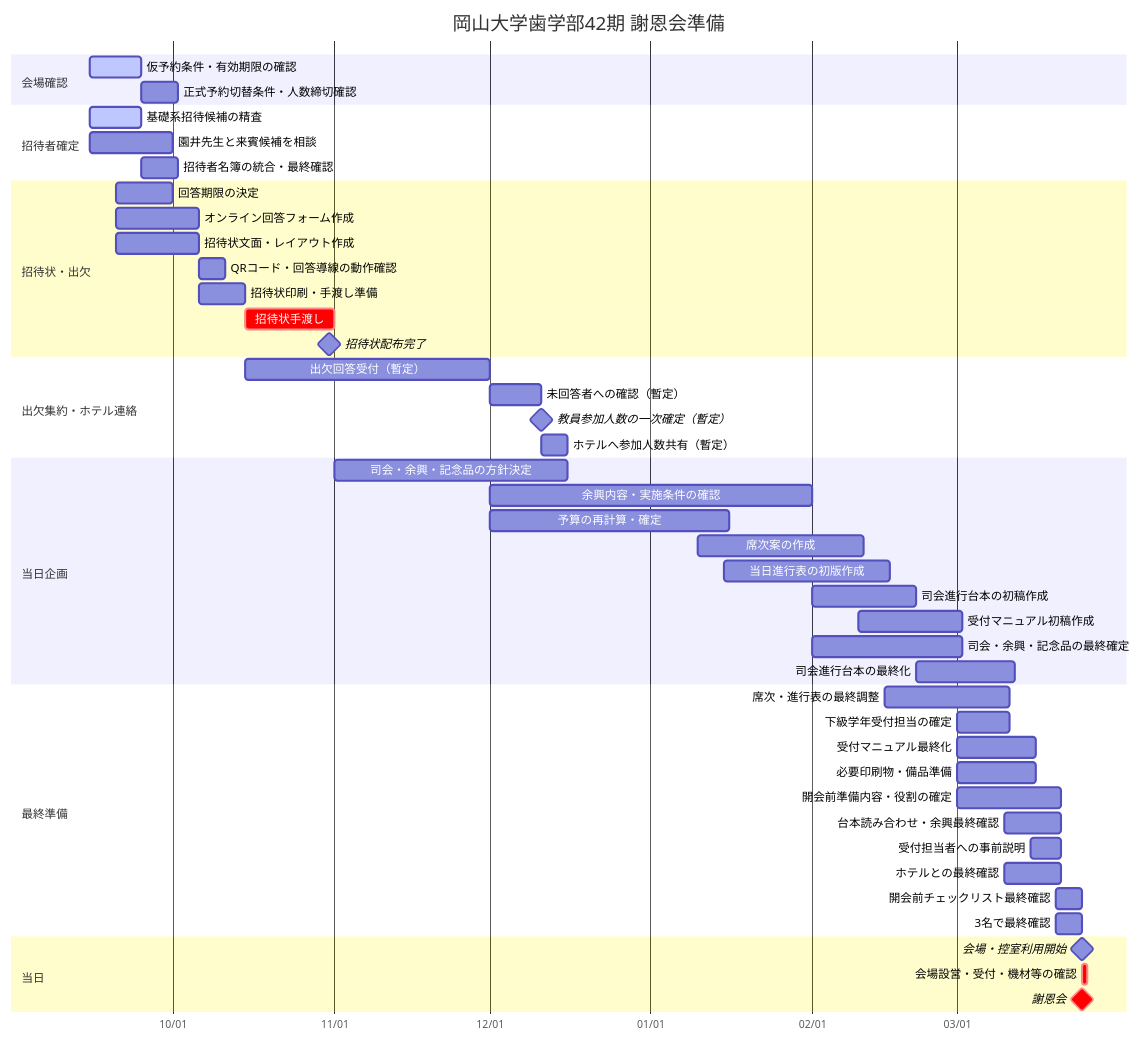
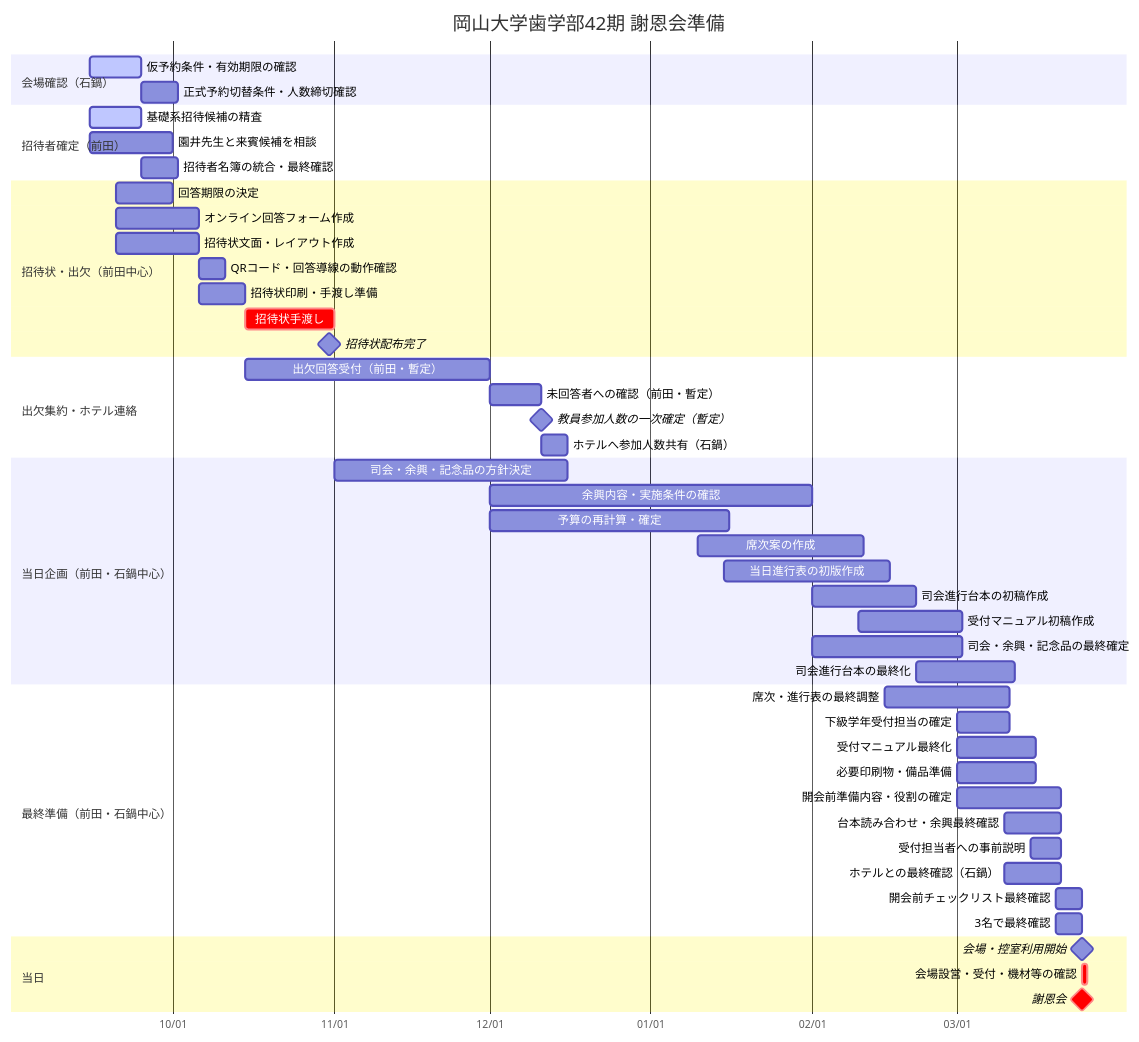
Before and after one commit to ishinebe/syaonkai: the diagram in GANTT.md, drawn with Mermaid. The commit also changed other lines of this file, not shown here.

````diff
--- a/GANTT.md
+++ b/GANTT.md
@@ -19,58 +19,58 @@
 ```mermaid
 gantt
     title 岡山大学歯学部42期 謝恩会準備
     dateFormat  YYYY-MM-DD
     axisFormat  %m/%d
 
-    section 会場確認
+    section 会場確認（石鍋）
     仮予約条件・有効期限の確認       :active, h1, 2026-09-15, 10d
     正式予約切替条件・人数締切確認   :h2, after h1, 7d
 
-    section 招待者確定
+    section 招待者確定（前田）
     基礎系招待候補の精査           :active, a1, 2026-09-15, 10d
     園井先生と来賓候補を相談       :a2, 2026-09-15, 16d
     招待者名簿の統合・最終確認     :a3, after a1, 7d
 
-    section 招待状・出欠
+    section 招待状・出欠（前田中心）
     回答期限の決定                 :a4, 2026-09-20, 11d
     オンライン回答フォーム作成     :a5, 2026-09-20, 16d
     招待状文面・レイアウト作成     :a6, 2026-09-20, 16d
     QRコード・回答導線の動作確認   :a7, after a5, 5d
     招待状印刷・手渡し準備         :a8, 2026-10-06, 9d
     招待状手渡し                   :crit, a9, 2026-10-15, 17d
     招待状配布完了                 :milestone, m1, 2026-10-31, 0d
 
     section 出欠集約・ホテル連絡
-    出欠回答受付（暫定）           :a10, 2026-10-15, 47d
-    未回答者への確認（暫定）       :a11, 2026-12-01, 10d
+    出欠回答受付（前田・暫定）     :a10, 2026-10-15, 47d
+    未回答者への確認（前田・暫定） :a11, 2026-12-01, 10d
     教員参加人数の一次確定（暫定） :milestone, m2, 2026-12-11, 0d
-    ホテルへ参加人数共有（暫定）   :a12, 2026-12-11, 5d
+    ホテルへ参加人数共有（石鍋）   :a12, 2026-12-11, 5d
 
-    section 当日企画
+    section 当日企画（前田・石鍋中心）
     司会・余興・記念品の方針決定   :a13, 2026-11-01, 45d
     余興内容・実施条件の確認       :a25, 2026-12-01, 62d
     予算の再計算・確定             :a14, 2026-12-01, 46d
     席次案の作成                   :a15, 2027-01-10, 32d
     当日進行表の初版作成           :a16, 2027-01-15, 32d
     司会進行台本の初稿作成         :a26, 2027-02-01, 20d
     受付マニュアル初稿作成         :a29, 2027-02-10, 20d
     司会・余興・記念品の最終確定   :a17, 2027-02-01, 29d
     司会進行台本の最終化           :a27, 2027-02-21, 19d
 
-    section 最終準備
+    section 最終準備（前田・石鍋中心）
     席次・進行表の最終調整         :a18, 2027-02-15, 24d
     下級学年受付担当の確定         :a30, 2027-03-01, 10d
     受付マニュアル最終化           :a31, 2027-03-01, 15d
     必要印刷物・備品準備           :a19, 2027-03-01, 15d
     開会前準備内容・役割の確定     :a22, 2027-03-01, 20d
     台本読み合わせ・余興最終確認   :a28, 2027-03-10, 11d
     受付担当者への事前説明         :a32, 2027-03-15, 6d
-    ホテルとの最終確認             :a20, 2027-03-10, 11d
+    ホテルとの最終確認（石鍋）     :a20, 2027-03-10, 11d
     開会前チェックリスト最終確認   :a23, 2027-03-20, 5d
     3名で最終確認                  :a21, 2027-03-20, 5d
 
     section 当日
     会場・控室利用開始             :milestone, m4, 2027-03-25, 0d
     会場設営・受付・機材等の確認   :crit, a24, 2027-03-25, 1d
     謝恩会                          :crit, milestone, m3, 2027-03-25, 0d
 ```
````
